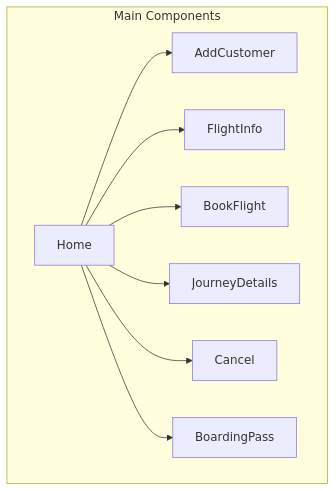
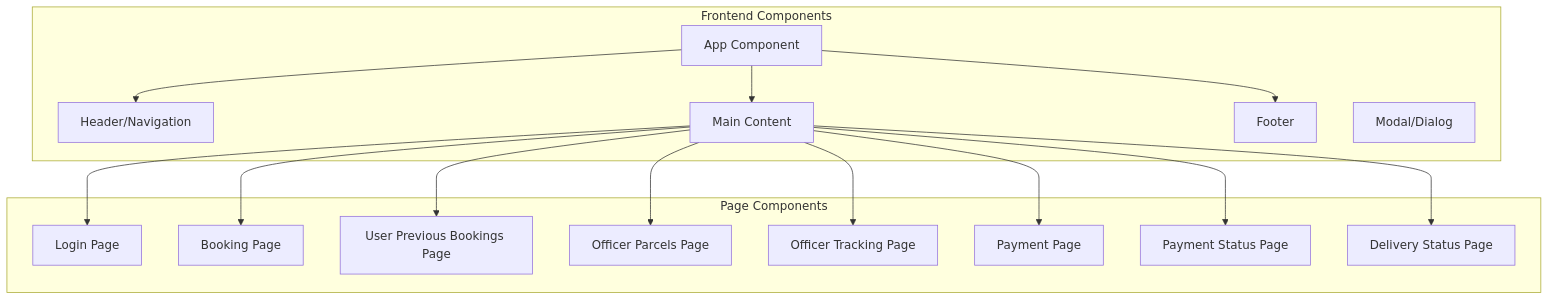
One commit to Barath-07-tech/codebase_doc_llm changed the second of 2 diagrams in output/docs/web.md. Above: the diagram before and after it, drawn with Mermaid. The commit also changed other lines of this file and 14 other files, not shown here.

````diff
--- a/output/docs/web.md
+++ b/output/docs/web.md
@@ -36,19 +51,33 @@
 ```mermaid
 graph TB
-    subgraph "Main Components"
-        I[Home]
-        J[AddCustomer]
-        K[FlightInfo]
-        L[BookFlight]
-        M[JourneyDetails]
-        N[Cancel]
-        O[BoardingPass]
+    subgraph "Frontend Components"
+        H[App Component]
+        I[Header/Navigation]
+        J[Main Content]
+        K[Footer]
+        L[Modal/Dialog]
     end
     
-    I --> J
-    I --> K
-    I --> L
-    I --> M
-    I --> N
-    I --> O
+    subgraph "Page Components"
+        M[Login Page]
+        N[Booking Page]
+        O[User Previous Bookings Page]
+        P[Officer Parcels Page]
+        Q[Officer Tracking Page]
+        R[Payment Page]
+        S[Payment Status Page]
+        T[Delivery Status Page]
+    end
+    
+    H --> I
+    H --> J
+    H --> K
+    J --> M
+    J --> N
+    J --> O
+    J --> P
+    J --> Q
+    J --> R
+    J --> S
+    J --> T
 ```
````
